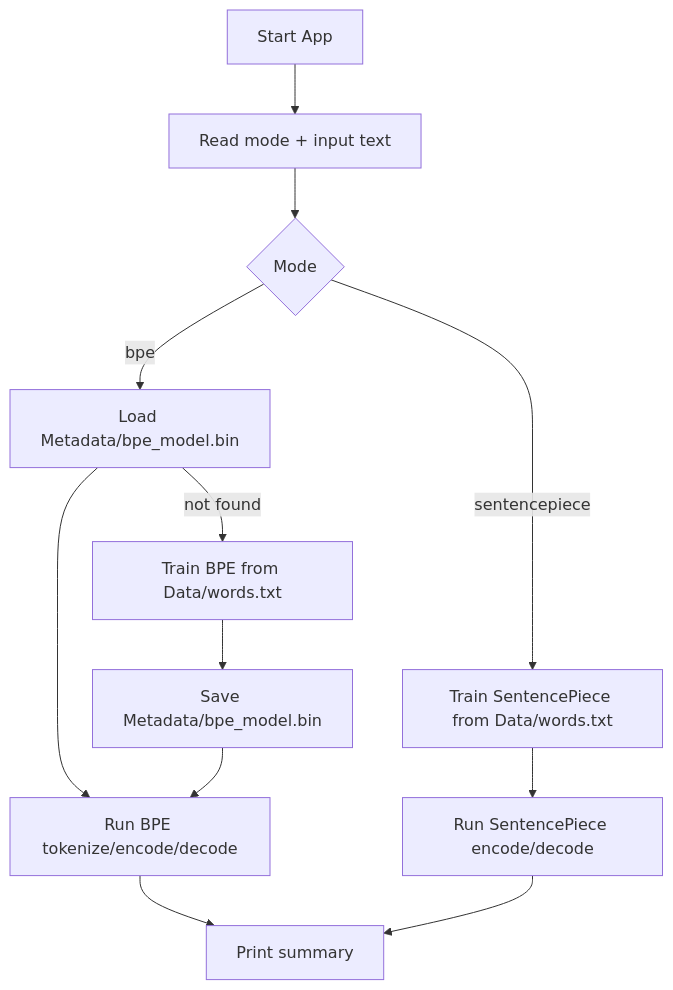
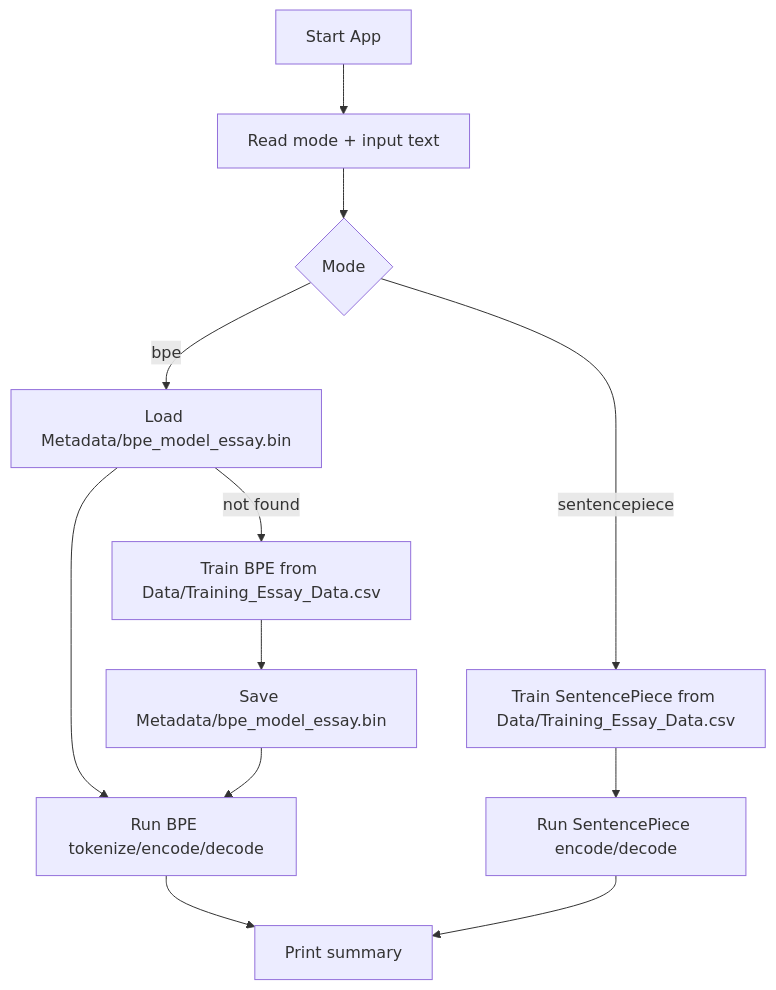
Before and after one commit to kumarnitish378/llmFromScratch: the diagram in Doc/Tokenization_Working.md, drawn with Mermaid. The commit also changed other lines of this file, not shown here.

Commit message:
Update tokenization docs for CSV corpus and essay metadata paths

````diff
--- a/Doc/Tokenization_Working.md
+++ b/Doc/Tokenization_Working.md
@@ -34,14 +36,14 @@
 ```mermaid
 flowchart TD
     A[Start App] --> B[Read mode + input text]
     B --> C{Mode}
-    C -->|bpe| D[Load Metadata/bpe_model.bin]
-    D -->|not found| E[Train BPE from Data/words.txt]
-    E --> F[Save Metadata/bpe_model.bin]
+    C -->|bpe| D[Load Metadata/bpe_model_essay.bin]
+    D -->|not found| E[Train BPE from Data/Training_Essay_Data.csv]
+    E --> F[Save Metadata/bpe_model_essay.bin]
     D --> G[Run BPE tokenize/encode/decode]
     F --> G
-    C -->|sentencepiece| H[Train SentencePiece from Data/words.txt]
+    C -->|sentencepiece| H[Train SentencePiece from Data/Training_Essay_Data.csv]
     H --> I[Run SentencePiece encode/decode]
     G --> J[Print summary]
     I --> J
 ```
````
